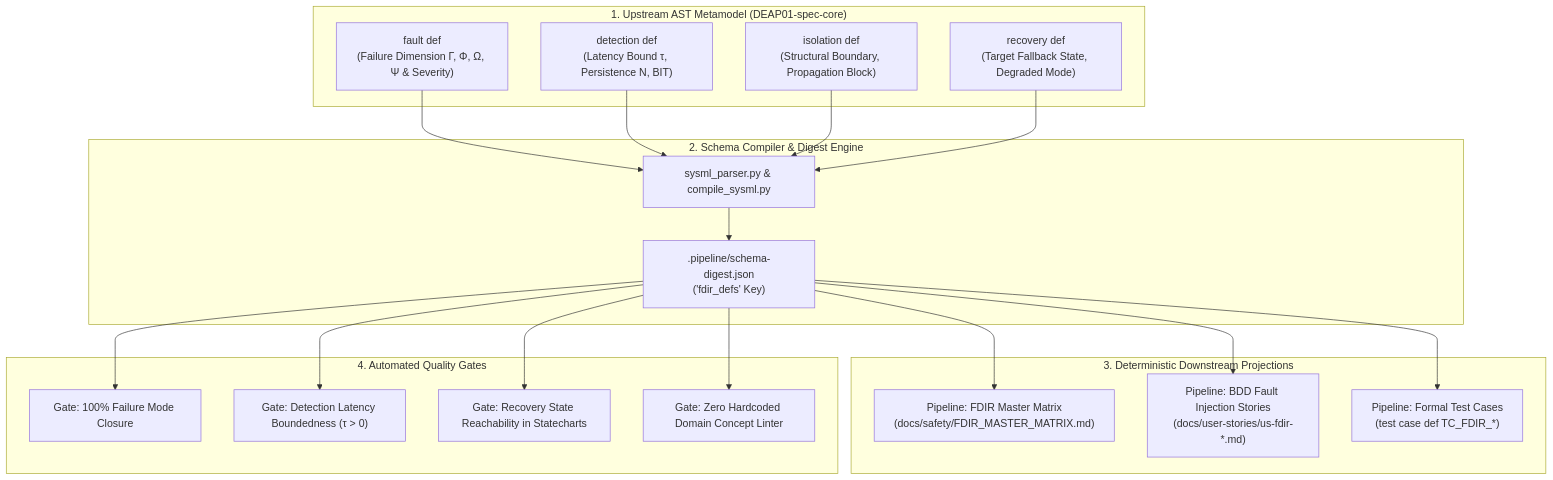
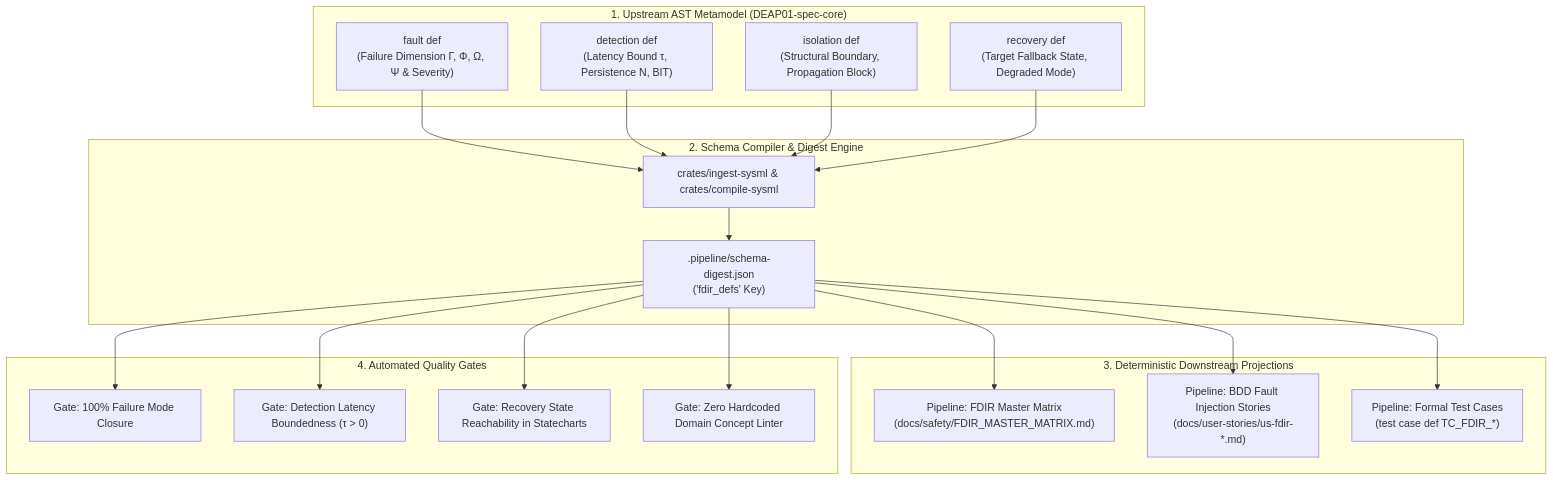
One commit to gintatkinson/DEAP01-spec-core changed the first of 3 diagrams in docs/architecture/blueprints/DEAP_DOMAIN_INDEPENDENT_FDIR_BLUEPRINT.md. Above: the diagram before and after it, drawn with Mermaid. The commit also changed other lines of this file and 162 other files, not shown here.

Commit message:
feat(verify-baseline,compile-sysml,ingest-sysml,deap-core): enforce Check 36 per-item 7-section docstring gate, Check 33 zero-Python content scanner, FEAT-42 source AST ingestion and docstring synthesizer, and 12-check defect dossier validator (refs #465, #466, #467, #468, #469)

````diff
--- a/docs/architecture/blueprints/DEAP_DOMAIN_INDEPENDENT_FDIR_BLUEPRINT.md
+++ b/docs/architecture/blueprints/DEAP_DOMAIN_INDEPENDENT_FDIR_BLUEPRINT.md
@@ -47,27 +47,27 @@
 ```mermaid
 flowchart TD
     subgraph "1. Upstream AST Metamodel (DEAP01-spec-core)"
         F_DEF["fault def<br/>(Failure Dimension Γ, Φ, Ω, Ψ & Severity)"]
         D_DEF["detection def<br/>(Latency Bound τ, Persistence N, BIT)"]
         I_DEF["isolation def<br/>(Structural Boundary, Propagation Block)"]
         R_DEF["recovery def<br/>(Target Fallback State, Degraded Mode)"]
     end
 
     subgraph "2. Schema Compiler & Digest Engine"
-        F_DEF & D_DEF & I_DEF & R_DEF --> PARSER["sysml_parser.py & compile_sysml.py"]
+        F_DEF & D_DEF & I_DEF & R_DEF --> PARSER["crates/ingest-sysml & crates/compile-sysml"]
         PARSER --> DIGEST[".pipeline/schema-digest.json<br/>('fdir_defs' Key)"]
     end
 
     subgraph "3. Deterministic Downstream Projections"
         DIGEST --> MAT_PROJ["Pipeline: FDIR Master Matrix<br/>(docs/safety/FDIR_MASTER_MATRIX.md)"]
         DIGEST --> BDD_PROJ["Pipeline: BDD Fault Injection Stories<br/>(docs/user-stories/us-fdir-*.md)"]
         DIGEST --> REQ_PROJ["Pipeline: Formal Test Cases<br/>(test case def TC_FDIR_*)"]
     end
 
     subgraph "4. Automated Quality Gates"
         DIGEST --> G1["Gate: 100% Failure Mode Closure"]
         DIGEST --> G2["Gate: Detection Latency Boundedness (τ > 0)"]
         DIGEST --> G3["Gate: Recovery State Reachability in Statecharts"]
         DIGEST --> G4["Gate: Zero Hardcoded Domain Concept Linter"]
     end
 ```
````
